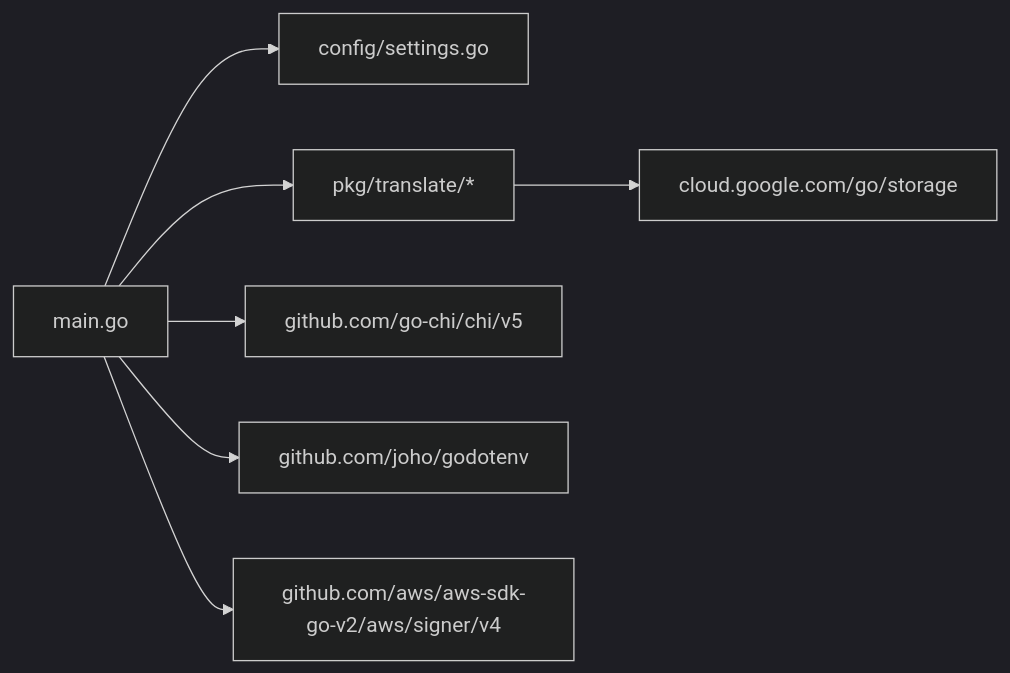
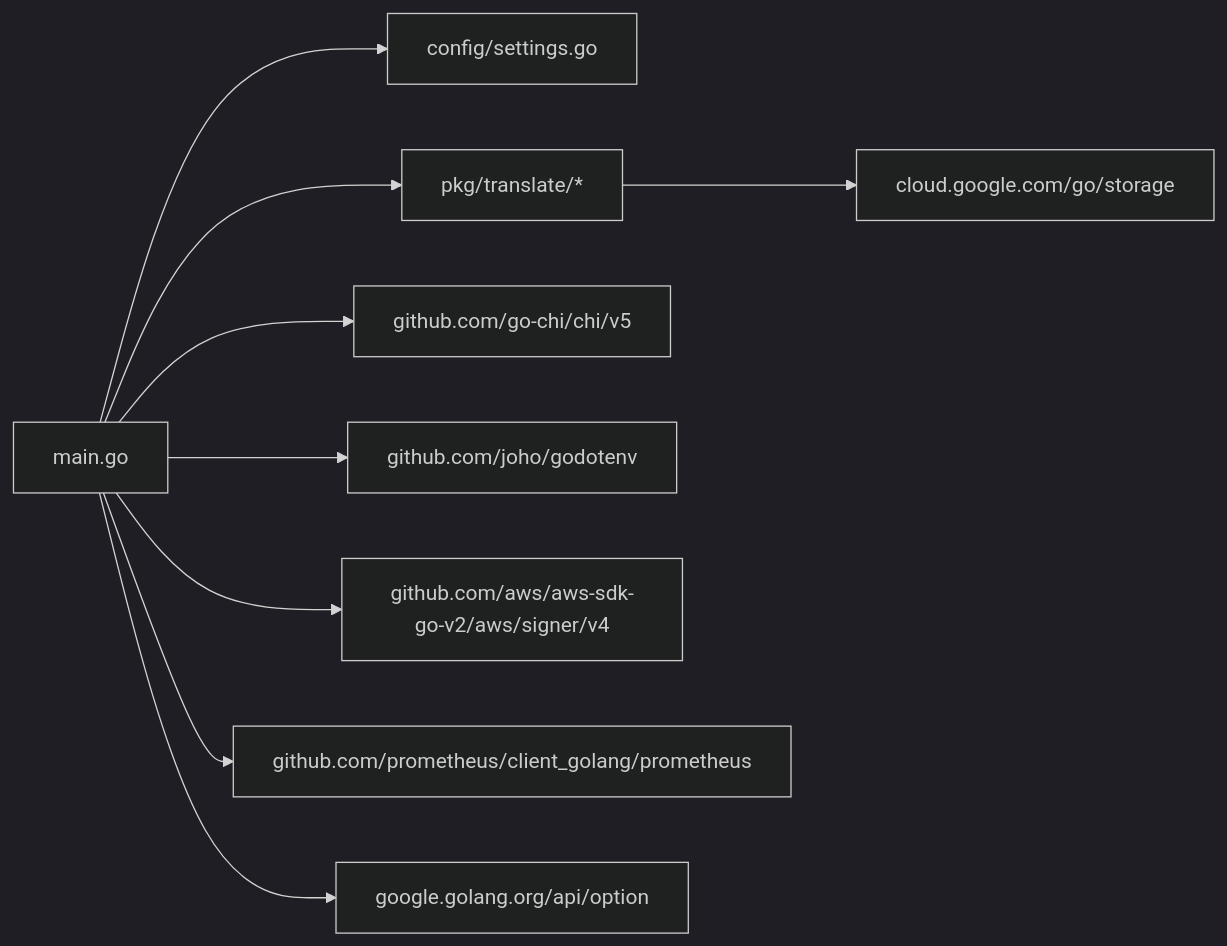
Before and after one commit to flying1574/S3Proxy4GCS: the eighth of 8 diagrams in .qoder/repowiki/zh/content/核心功能/核心功能.md, drawn with Mermaid (dark theme). The commit also changed other lines of this file and 10 other files, not shown here.

````diff
--- a/.qoder/repowiki/zh/content/核心功能/核心功能.md
+++ b/.qoder/repowiki/zh/content/核心功能/核心功能.md
@@ -383,9 +641,11 @@
 ```mermaid
 graph LR
 Main["main.go"] --> Cfg["config/settings.go"]
 Main --> Trans["pkg/translate/*"]
 Trans --> GCS["cloud.google.com/go/storage"]
 Main --> Chi["github.com/go-chi/chi/v5"]
 Main --> Dotenv["github.com/joho/godotenv"]
 Main --> AWSv4["github.com/aws/aws-sdk-go-v2/aws/signer/v4"]
+Main --> Prom["github.com/prometheus/client_golang/prometheus"]
+Main --> Ops["google.golang.org/api/option"]
 ```
````
